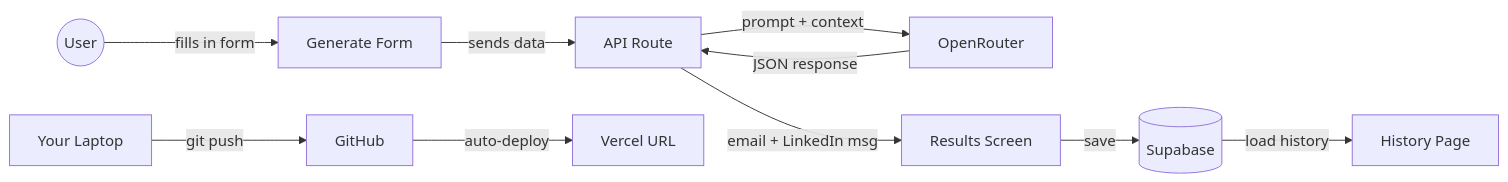
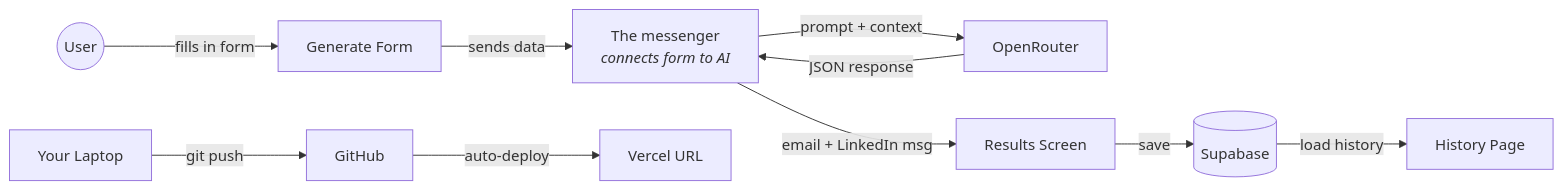
Before and after one commit to callumholt/buildAcademy: the first of 3 diagrams in README.md, drawn with Mermaid. The commit also changed other lines of this file, not shown here.

````diff
--- a/README.md
+++ b/README.md
@@ -147,12 +147,12 @@
 ```mermaid
 flowchart LR
     User(("User")) -- fills in form --> Form[Generate Form]
-    Form -- sends data --> API[API Route]
+    Form -- sends data --> API["The messenger<br/><i>connects form to AI</i>"]
     API -- prompt + context --> OR[OpenRouter]
     OR -- JSON response --> API
     API -- email + LinkedIn msg --> Results[Results Screen]
     Results -- save --> DB[(Supabase)]
     DB -- load history --> History[History Page]
     Laptop[Your Laptop] -- git push --> GH[GitHub]
     GH -- auto-deploy --> V[Vercel URL]
 ```
````
